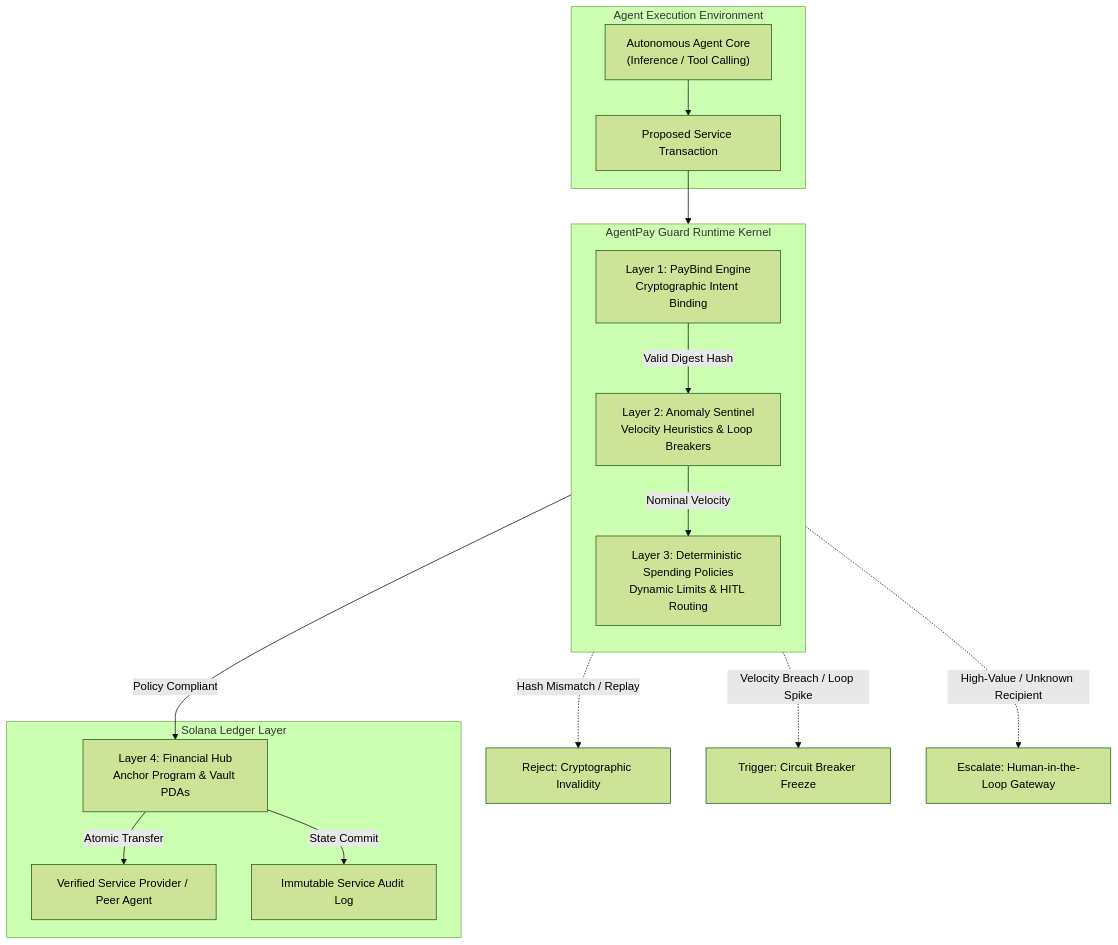
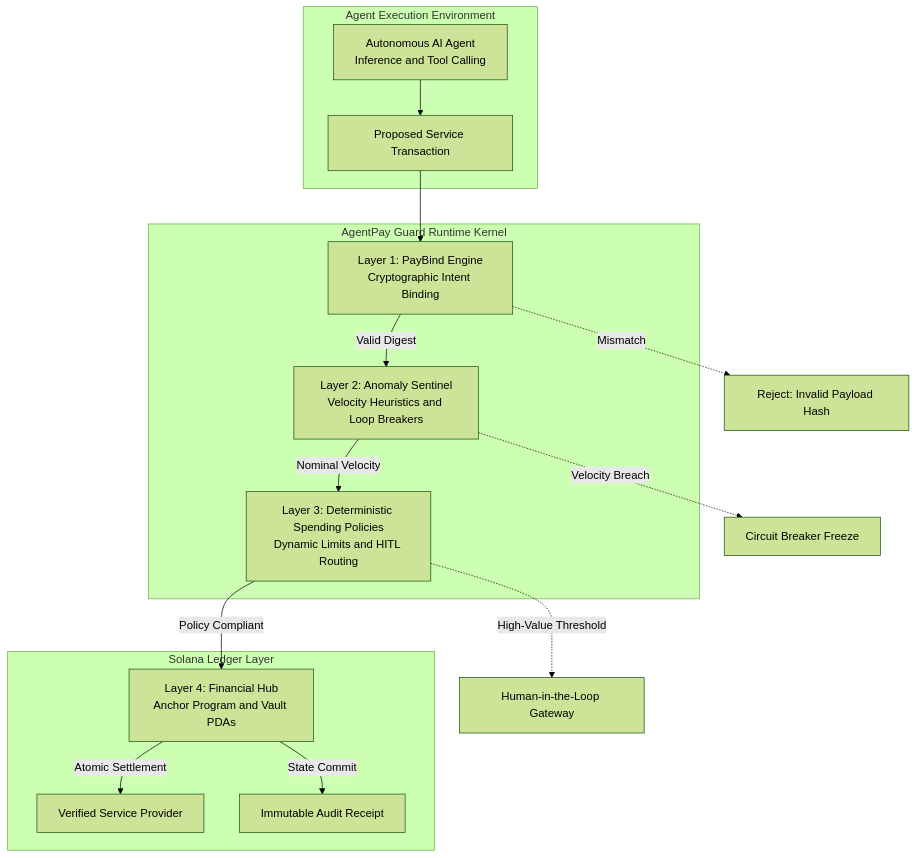
One commit to CoreenKhor/AgentPay-Guard changed the diagram in README.md. Above: the diagram before and after it, drawn with Mermaid (forest theme). The commit also changed other lines of this file and 1 other file, not shown here.

Commit message:
docs: resolve GitHub diagram rendering with native SVG architecture and sanitized Mermaid specification

````diff
--- a/README.md
+++ b/README.md
@@ -46,34 +51,33 @@
 ```mermaid
-flowchart TD
-    subgraph AgentRuntime["Agent Execution Environment"]
-        AgentCore["Autonomous Agent Core\n(Inference / Tool Calling)"]
-        ProposedAction["Proposed Service Transaction"]
+graph TD
+    subgraph AgentRuntime [Agent Execution Environment]
+        AgentCore[Autonomous AI Agent<br/>Inference and Tool Calling]
+        ProposedAction[Proposed Service Transaction]
     end
 
-    subgraph SecurityKernel["AgentPay Guard Runtime Kernel"]
-        direction TB
-        L1["Layer 1: PayBind Engine\nCryptographic Intent Binding"]
-        L2["Layer 2: Anomaly Sentinel\nVelocity Heuristics & Loop Breakers"]
-        L3["Layer 3: Deterministic Spending Policies\nDynamic Limits & HITL Routing"]
+    subgraph SecurityKernel [AgentPay Guard Runtime Kernel]
+        L1[Layer 1: PayBind Engine<br/>Cryptographic Intent Binding]
+        L2[Layer 2: Anomaly Sentinel<br/>Velocity Heuristics and Loop Breakers]
+        L3[Layer 3: Deterministic Spending Policies<br/>Dynamic Limits and HITL Routing]
     end
 
-    subgraph ExecutionLayer["Solana Ledger Layer"]
-        L4["Layer 4: Financial Hub\nAnchor Program & Vault PDAs"]
-        ServiceAccount["Verified Service Provider / Peer Agent"]
-        OnChainReceipt["Immutable Service Audit Log"]
+    subgraph ExecutionLayer [Solana Ledger Layer]
+        L4[Layer 4: Financial Hub<br/>Anchor Program and Vault PDAs]
+        ServiceAccount[Verified Service Provider]
+        OnChainReceipt[Immutable Audit Receipt]
     end
 
     AgentCore --> ProposedAction
     ProposedAction --> L1
-    L1 -->|Valid Digest Hash| L2
-    L1 -.->|Hash Mismatch / Replay| Reject1["Reject: Cryptographic Invalidity"]
+    L1 -->|Valid Digest| L2
+    L1 -.->|Mismatch| Reject1[Reject: Invalid Payload Hash]
     
     L2 -->|Nominal Velocity| L3
-    L2 -.->|Velocity Breach / Loop Spike| EmergencyFreeze["Trigger: Circuit Breaker Freeze"]
+    L2 -.->|Velocity Breach| EmergencyFreeze[Circuit Breaker Freeze]
     
     L3 -->|Policy Compliant| L4
-    L3 -.->|High-Value / Unknown Recipient| HITL["Escalate: Human-in-the-Loop Gateway"]
+    L3 -.->|High-Value Threshold| HITL[Human-in-the-Loop Gateway]
     
-    L4 -->|Atomic Transfer| ServiceAccount
+    L4 -->|Atomic Settlement| ServiceAccount
     L4 -->|State Commit| OnChainReceipt
 ```
````
